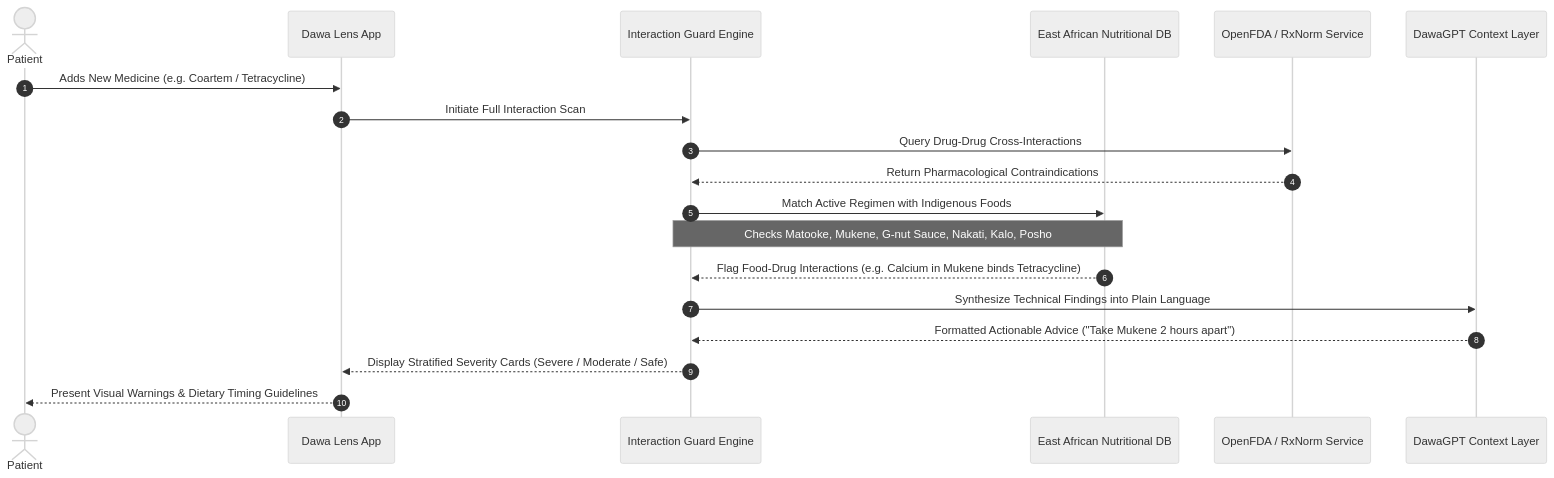
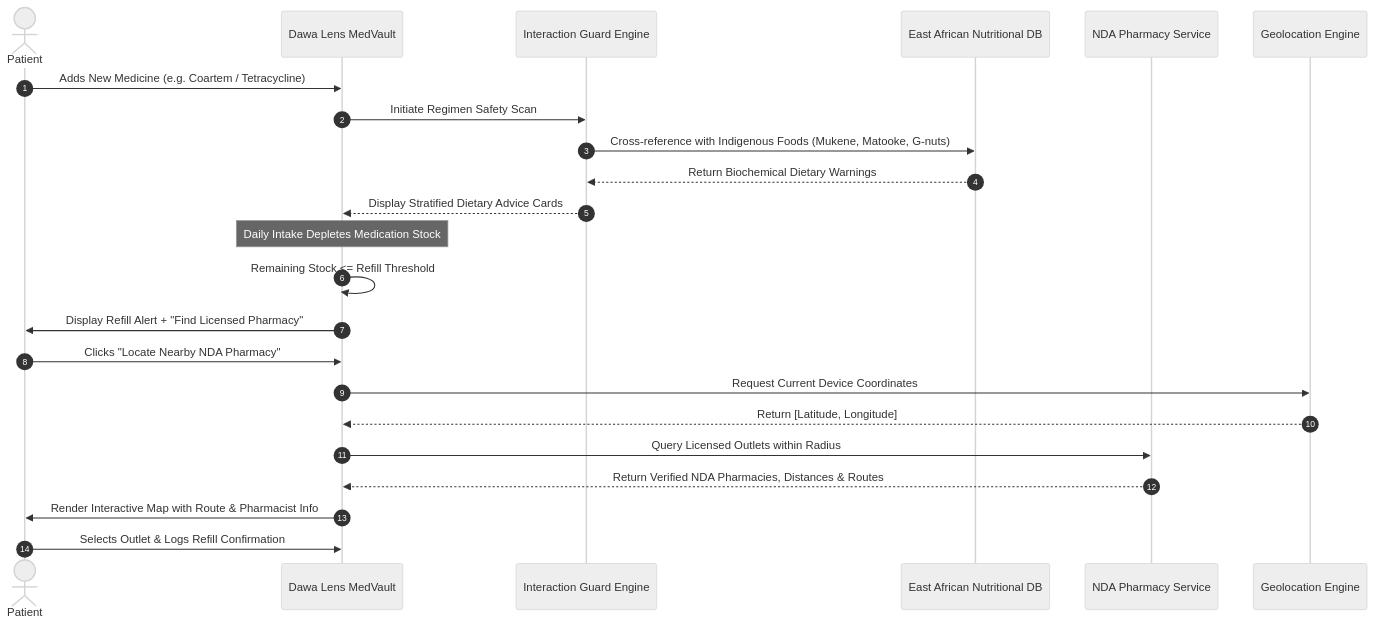
Before and after one commit to EmmahOwens/dawa-lens: the fourth of 5 diagrams in project_proposal.md, drawn with Mermaid (neutral theme). The commit also changed other lines of this file and 8 other files, not shown here.

Commit message:
refactor: update graph analysis report and prune community labels

````diff
--- a/project_proposal.md
+++ b/project_proposal.md
@@ -423,24 +481,28 @@
 ```mermaid
 sequenceDiagram
     autonumber
     actor User as Patient
-    participant App as Dawa Lens App
-    participant Engine as Interaction Guard Engine
+    participant App as Dawa Lens MedVault
+    participant Guard as Interaction Guard Engine
     participant FoodDB as East African Nutritional DB
-    participant OpenFDA as OpenFDA / RxNorm Service
-    participant AI as DawaGPT Context Layer
+    participant NDAService as NDA Pharmacy Service
+    participant GPS as Geolocation Engine
 
     User->>App: Adds New Medicine (e.g. Coartem / Tetracycline)
-    App->>Engine: Initiate Full Interaction Scan
-    Engine->>OpenFDA: Query Drug-Drug Cross-Interactions
-    OpenFDA-->>Engine: Return Pharmacological Contraindications
+    App->>Guard: Initiate Regimen Safety Scan
+    Guard->>FoodDB: Cross-reference with Indigenous Foods (Mukene, Matooke, G-nuts)
+    FoodDB-->>Guard: Return Biochemical Dietary Warnings
+    Guard-->>App: Display Stratified Dietary Advice Cards
     
-    Engine->>FoodDB: Match Active Regimen with Indigenous Foods
-    Note over Engine,FoodDB: Checks Matooke, Mukene, G-nut Sauce, Nakati, Kalo, Posho
-    FoodDB-->>Engine: Flag Food-Drug Interactions (e.g. Calcium in Mukene binds Tetracycline)
-
-    Engine->>AI: Synthesize Technical Findings into Plain Language
-    AI-->>Engine: Formatted Actionable Advice ("Take Mukene 2 hours apart")
-    Engine-->>App: Display Stratified Severity Cards (Severe / Moderate / Safe)
-    App-->>User: Present Visual Warnings & Dietary Timing Guidelines
+    Note over App: Daily Intake Depletes Medication Stock
+    App->>App: Remaining Stock <= Refill Threshold
+    App->>User: Display Refill Alert + "Find Licensed Pharmacy"
+    
+    User->>App: Clicks "Locate Nearby NDA Pharmacy"
+    App->>GPS: Request Current Device Coordinates
+    GPS-->>App: Return [Latitude, Longitude]
+    App->>NDAService: Query Licensed Outlets within Radius
+    NDAService-->>App: Return Verified NDA Pharmacies, Distances & Routes
+    App->>User: Render Interactive Map with Route & Pharmacist Info
+    User->>App: Selects Outlet & Logs Refill Confirmation
 ```
````
